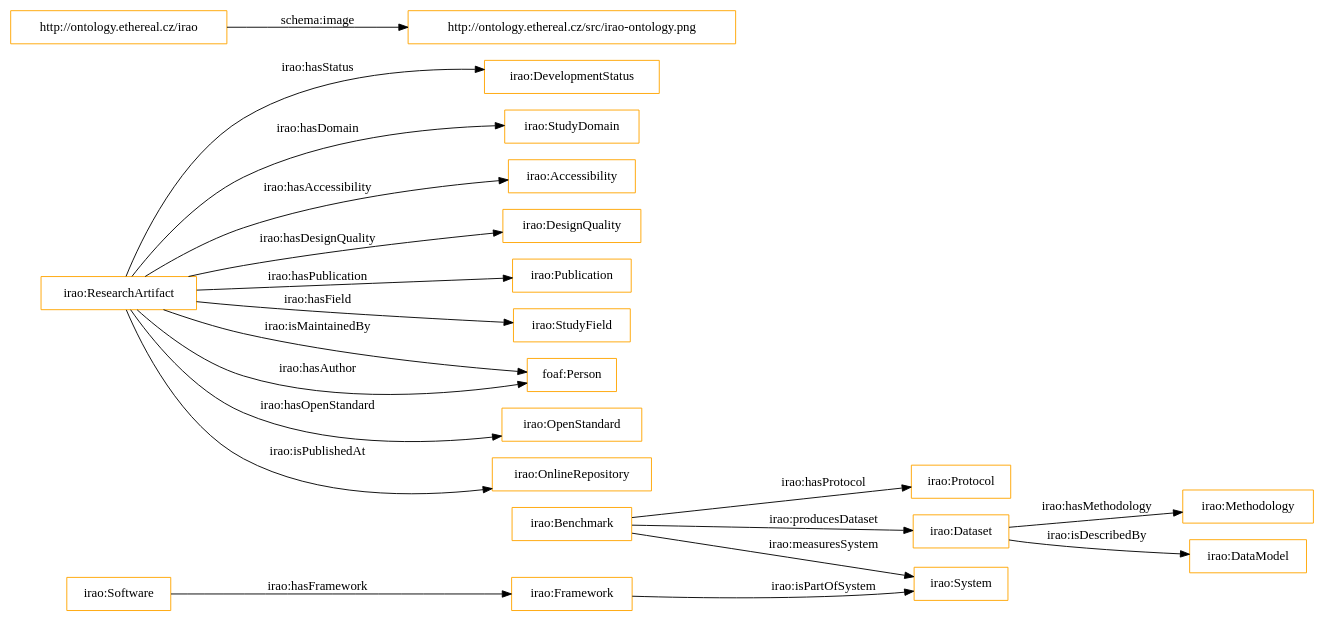
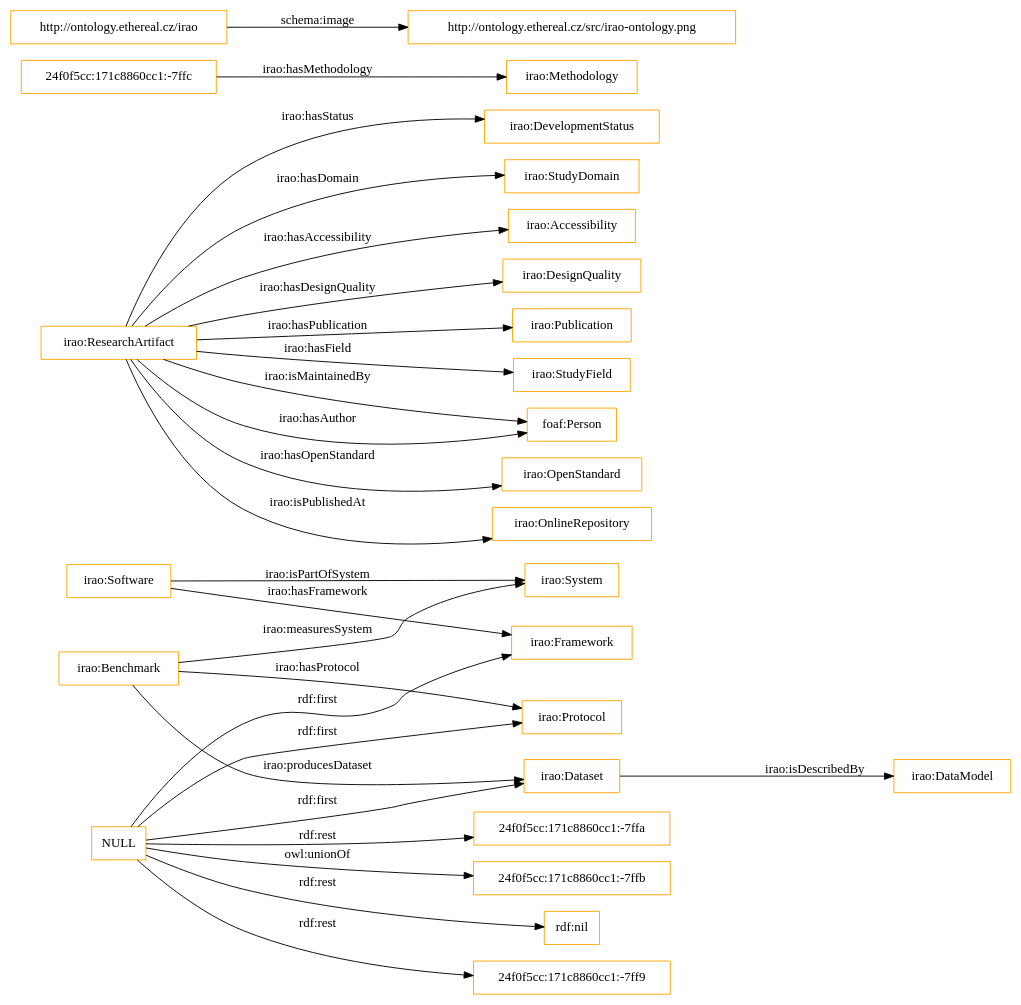
The diagram in OnToology/irao.owl/diagrams/ar2dtool-class/irao.owl.png.dot (nvbach91/research-artifacts-ontology), drawn with Graphviz before and after one commit. The commit also changed 23 other files, not shown here.

```diff
--- a/OnToology/irao.owl/diagrams/ar2dtool-class/irao.owl.png.dot
+++ b/OnToology/irao.owl/diagrams/ar2dtool-class/irao.owl.png.dot
@@ -1,24 +1,31 @@
 digraph ar2dtool_diagram { 
 rankdir=LR;
 size="1501"
-node [shape = rectangle, color="orange"]; "irao:Protocol" "irao:DevelopmentStatus" "irao:Software" "irao:Methodology" "irao:Framework" "irao:StudyDomain" "irao:Accessibility" "irao:ResearchArtifact" "irao:Benchmark" "irao:DesignQuality" "irao:DataModel" "irao:Dataset" "irao:Publication" "irao:StudyField" "foaf:Person" "irao:System" "irao:OpenStandard" "irao:OnlineRepository" ; /*classes style*/
+node [shape = rectangle, color="orange"]; "irao:Protocol" "irao:DevelopmentStatus" "irao:Software" "irao:Methodology" "irao:Framework" "irao:StudyDomain" "irao:Accessibility" "irao:ResearchArtifact" "irao:Benchmark" "irao:DesignQuality" "irao:DataModel" "irao:Dataset" "irao:Publication" "irao:StudyField" "foaf:Person" "irao:System" "irao:OpenStandard" "24f0f5cc:171c8860cc1:-7ffc" "irao:OnlineRepository" ; /*classes style*/
+	"NULL" -> "24f0f5cc:171c8860cc1:-7ffb" [ label = "owl:unionOf" ];
+	"NULL" -> "rdf:nil" [ label = "rdf:rest" ];
+	"NULL" -> "irao:Protocol" [ label = "rdf:first" ];
+	"NULL" -> "24f0f5cc:171c8860cc1:-7ff9" [ label = "rdf:rest" ];
+	"NULL" -> "irao:Framework" [ label = "rdf:first" ];
+	"NULL" -> "24f0f5cc:171c8860cc1:-7ffa" [ label = "rdf:rest" ];
+	"NULL" -> "irao:Dataset" [ label = "rdf:first" ];
 	"http://ontology.ethereal.cz/irao" -> "http://ontology.ethereal.cz/src/irao-ontology.png" [ label = "schema:image" ];
 	"irao:ResearchArtifact" -> "irao:OnlineRepository" [ label = "irao:isPublishedAt" ];
 	"irao:ResearchArtifact" -> "irao:DesignQuality" [ label = "irao:hasDesignQuality" ];
 	"irao:ResearchArtifact" -> "irao:StudyDomain" [ label = "irao:hasDomain" ];
-	"irao:Dataset" -> "irao:Methodology" [ label = "irao:hasMethodology" ];
+	"24f0f5cc:171c8860cc1:-7ffc" -> "irao:Methodology" [ label = "irao:hasMethodology" ];
 	"irao:Dataset" -> "irao:DataModel" [ label = "irao:isDescribedBy" ];
 	"irao:Benchmark" -> "irao:System" [ label = "irao:measuresSystem" ];
 	"irao:ResearchArtifact" -> "irao:StudyField" [ label = "irao:hasField" ];
 	"irao:ResearchArtifact" -> "irao:Publication" [ label = "irao:hasPublication" ];
 	"irao:ResearchArtifact" -> "irao:DevelopmentStatus" [ label = "irao:hasStatus" ];
 	"irao:Benchmark" -> "irao:Protocol" [ label = "irao:hasProtocol" ];
 	"irao:ResearchArtifact" -> "foaf:Person" [ label = "irao:isMaintainedBy" ];
 	"irao:ResearchArtifact" -> "foaf:Person" [ label = "irao:hasAuthor" ];
 	"irao:Software" -> "irao:Framework" [ label = "irao:hasFramework" ];
 	"irao:Benchmark" -> "irao:Dataset" [ label = "irao:producesDataset" ];
 	"irao:ResearchArtifact" -> "irao:Accessibility" [ label = "irao:hasAccessibility" ];
 	"irao:ResearchArtifact" -> "irao:OpenStandard" [ label = "irao:hasOpenStandard" ];
-	"irao:Framework" -> "irao:System" [ label = "irao:isPartOfSystem" ];
+	"irao:Software" -> "irao:System" [ label = "irao:isPartOfSystem" ];
 
 }
```
